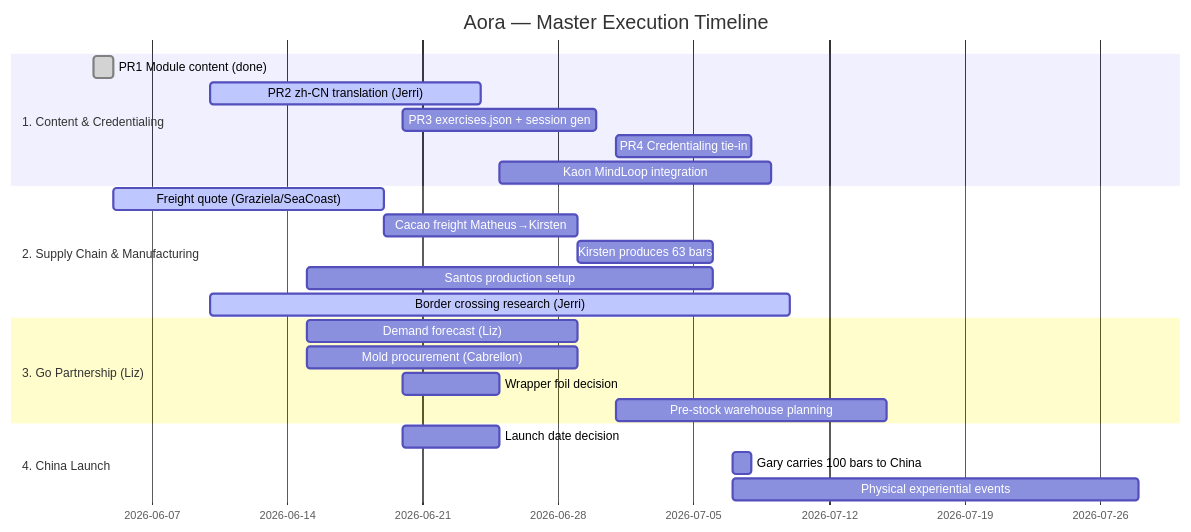
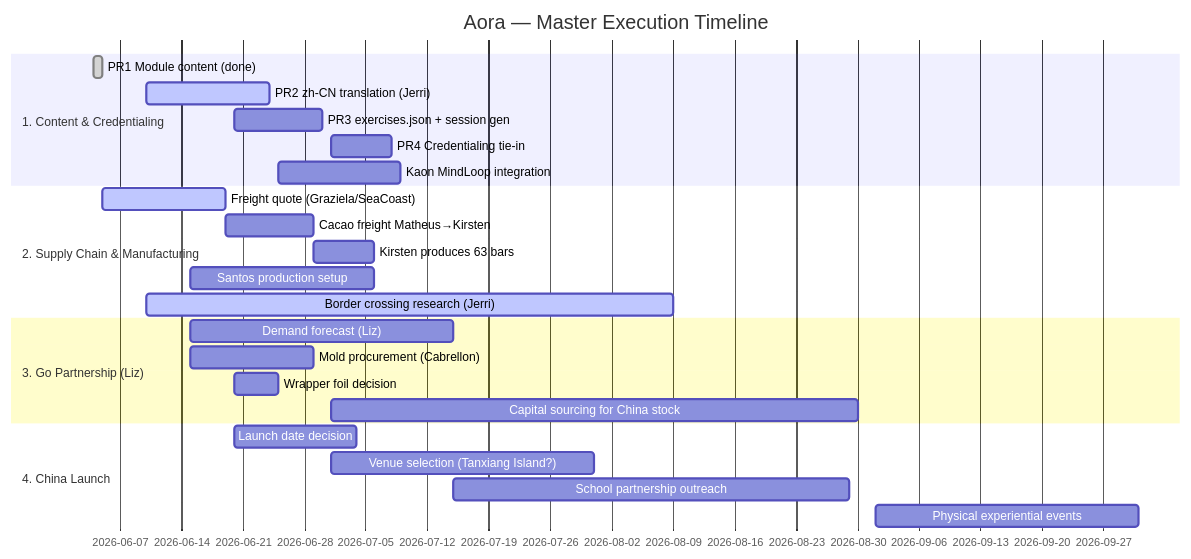
Before and after one commit to TrueSightDAO/agentic_ai_context: the diagram in AORA_EXPERIENCE_PLAN.md, drawn with Mermaid. The commit also changed other lines of this file, not shown here.

Commit message:
Update AORA_EXPERIENCE_PLAN.md with Jerri correspondence, July shift, venue, capital constraint

````diff
--- a/AORA_EXPERIENCE_PLAN.md
+++ b/AORA_EXPERIENCE_PLAN.md
@@ -25,30 +23,31 @@
 ```mermaid
 gantt
     title Aora — Master Execution Timeline
     dateFormat  YYYY-MM-DD
     
     section 1. Content & Credentialing
     PR1 Module content (done)           :done, 2026-06-04, 1d
     PR2 zh-CN translation (Jerri)       :active, 2026-06-10, 14d
     PR3 exercises.json + session gen    :2026-06-20, 10d
     PR4 Credentialing tie-in            :2026-07-01, 7d
     Kaon MindLoop integration           :2026-06-25, 14d
     
     section 2. Supply Chain & Manufacturing
     Freight quote (Graziela/SeaCoast)   :active, 2026-06-05, 14d
     Cacao freight Matheus→Kirsten       :2026-06-19, 10d
     Kirsten produces 63 bars            :2026-06-29, 7d
     Santos production setup             :2026-06-15, 21d
-    Border crossing research (Jerri)    :active, 2026-06-10, 30d
+    Border crossing research (Jerri)    :active, 2026-06-10, 60d
     
     section 3. Go Partnership (Liz)
-    Demand forecast (Liz)               :2026-06-15, 14d
+    Demand forecast (Liz)               :2026-06-15, 30d
     Mold procurement (Cabrellon)        :2026-06-15, 14d
     Wrapper foil decision               :2026-06-20, 5d
-    Pre-stock warehouse planning        :2026-07-01, 14d
+    Capital sourcing for China stock    :2026-07-01, 60d
     
     section 4. China Launch
-    Launch date decision                :2026-06-20, 5d
-    Gary carries 100 bars to China      :2026-07-07, 1d
-    Physical experiential events        :2026-07-07, 21d
+    Launch date decision                :2026-06-20, 14d
+    Venue selection (Tanxiang Island?)  :2026-07-01, 30d
+    School partnership outreach         :2026-07-15, 45d
+    Physical experiential events        :2026-09-01, 30d
 ```
````
